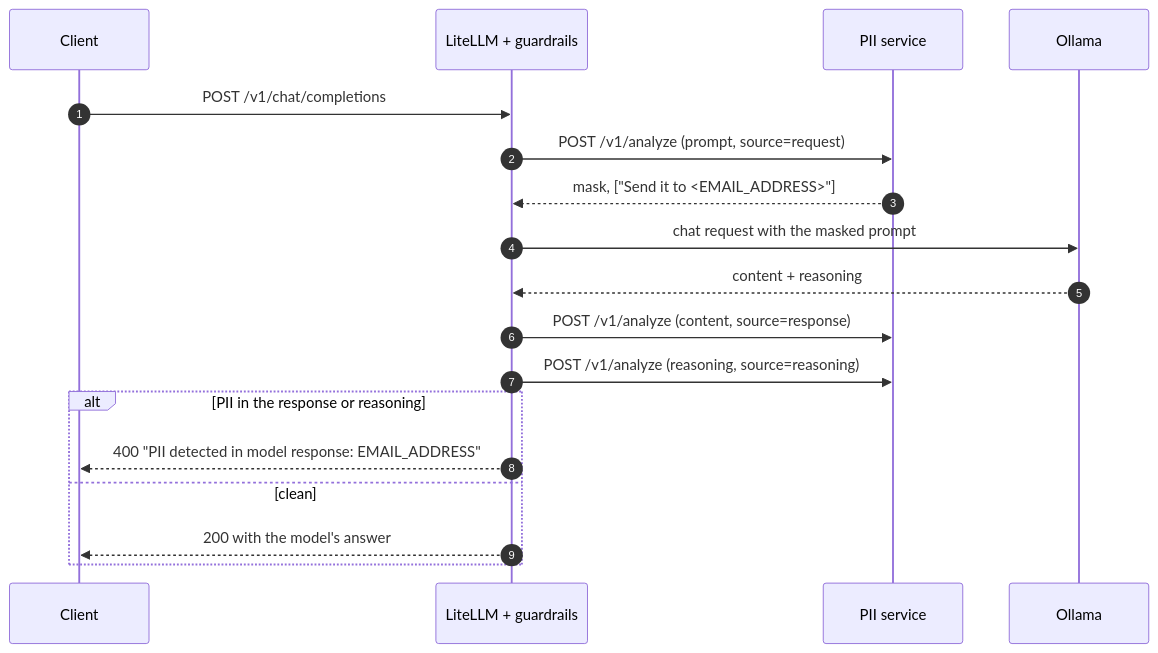
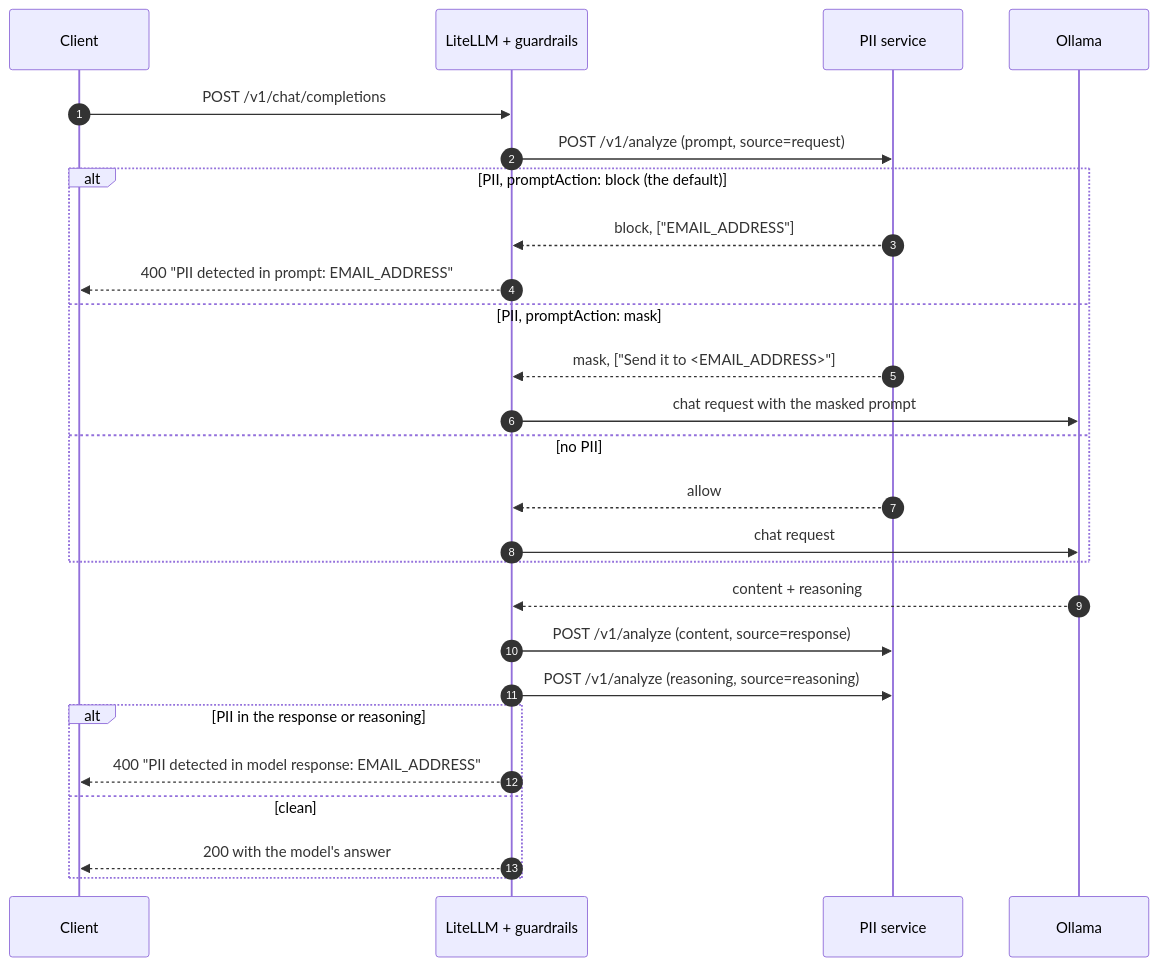
One commit to mshnjffr/litellm-guardrail changed the second of 2 diagrams in docs/implementation.md. Above: the diagram before and after it, drawn with Mermaid. The commit also changed other lines of this file and 8 other files, not shown here.

First line of the commit message:
Block prompts containing PII by default, with an option to mask them

````diff
--- a/docs/implementation.md
+++ b/docs/implementation.md
@@ -55,21 +55,29 @@
 ```mermaid
 sequenceDiagram
     autonumber
     participant C as Client
     participant L as LiteLLM + guardrails
     participant P as PII service
     participant O as Ollama
 
     C->>L: POST /v1/chat/completions
     L->>P: POST /v1/analyze (prompt, source=request)
-    P-->>L: mask, ["Send it to <EMAIL_ADDRESS>"]
-    L->>O: chat request with the masked prompt
+    alt PII, promptAction: block (the default)
+        P-->>L: block, ["EMAIL_ADDRESS"]
+        L-->>C: 400 "PII detected in prompt: EMAIL_ADDRESS"
+    else PII, promptAction: mask
+        P-->>L: mask, ["Send it to <EMAIL_ADDRESS>"]
+        L->>O: chat request with the masked prompt
+    else no PII
+        P-->>L: allow
+        L->>O: chat request
+    end
     O-->>L: content + reasoning
     L->>P: POST /v1/analyze (content, source=response)
     L->>P: POST /v1/analyze (reasoning, source=reasoning)
     alt PII in the response or reasoning
         L-->>C: 400 "PII detected in model response: EMAIL_ADDRESS"
     else clean
         L-->>C: 200 with the model's answer
     end
 ```
````
